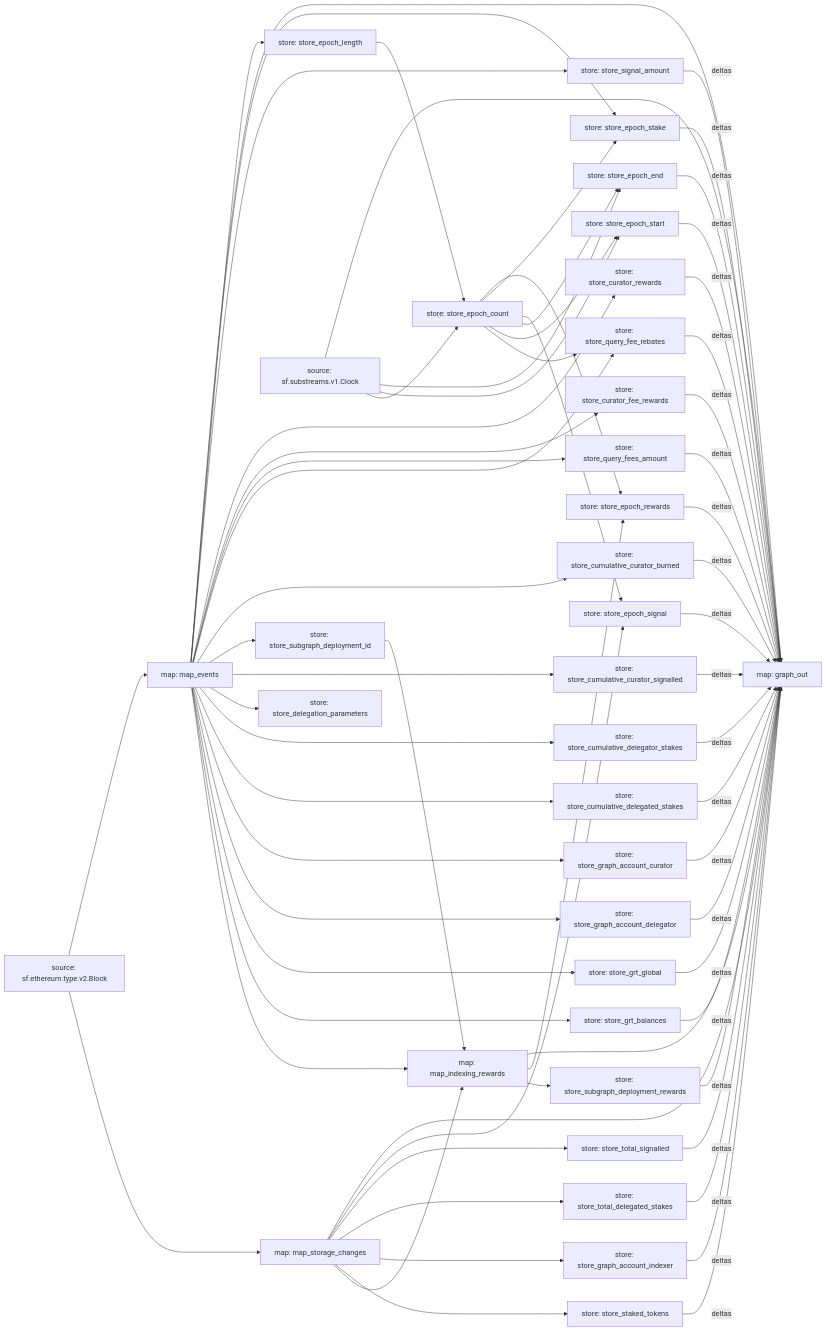
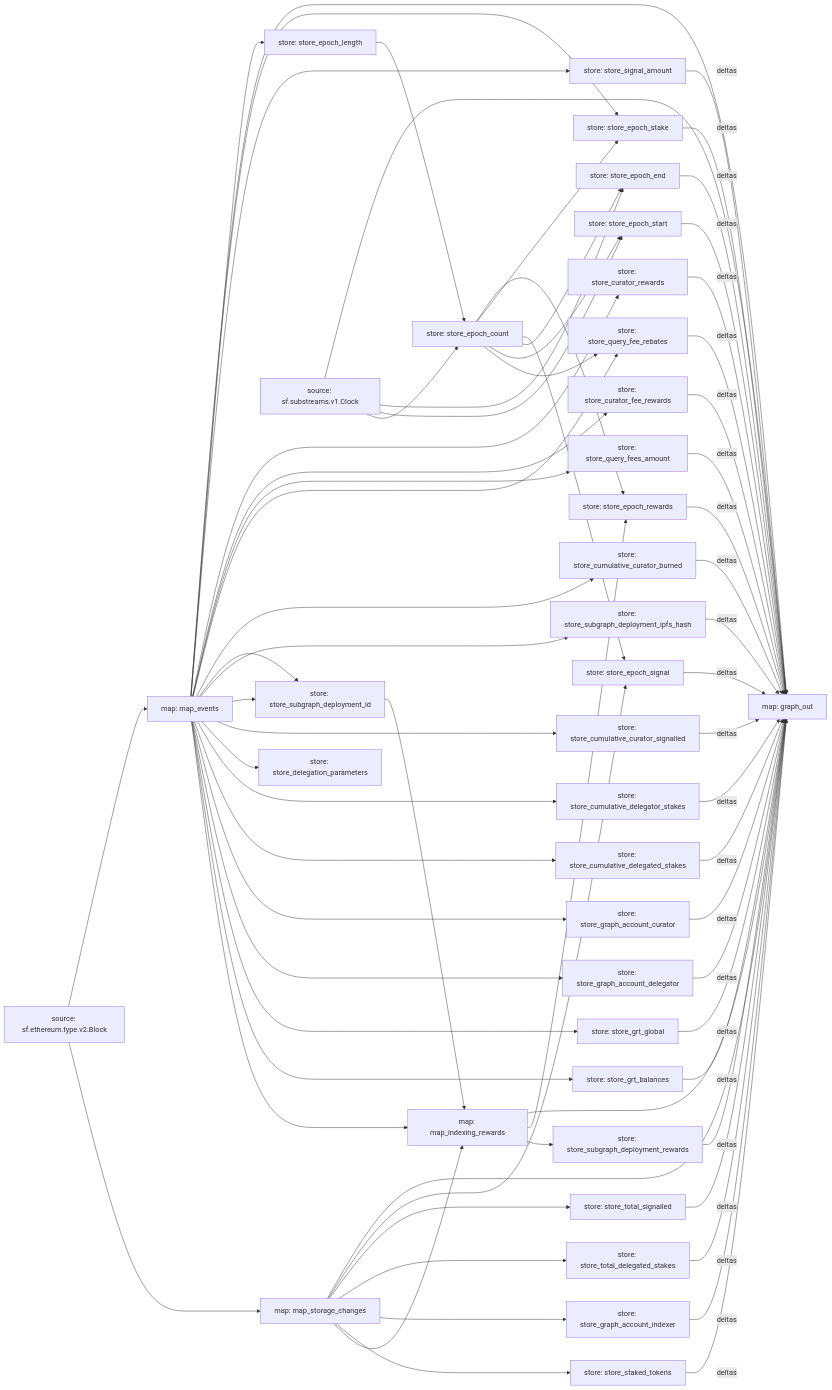
One commit to graphops/graph-network-substreams changed the diagram in README.md. Above: the diagram before and after it, drawn with Mermaid. The commit also changed other lines of this file and 11 other files, not shown here.

````diff
--- a/README.md
+++ b/README.md
@@ -55,6 +56,10 @@
   map_storage_changes --> store_total_signalled;
   store_cumulative_curator_signalled[store: store_cumulative_curator_signalled];
   map_events --> store_cumulative_curator_signalled;
+  store_subgraph_deployment_id[store: store_subgraph_deployment_id];
+  map_events --> store_subgraph_deployment_id;
+  store_subgraph_deployment_ipfs_hash[store: store_subgraph_deployment_ipfs_hash];
+  map_events --> store_subgraph_deployment_ipfs_hash;
   store_subgraph_deployment_id[store: store_subgraph_deployment_id];
   map_events --> store_subgraph_deployment_id;
   store_cumulative_curator_burned[store: store_cumulative_curator_burned];
@@ -119,6 +124,7 @@
   store_curator_rewards -- deltas --> graph_out;
   store_signal_amount -- deltas --> graph_out;
   store_subgraph_deployment_rewards -- deltas --> graph_out;
+  store_subgraph_deployment_ipfs_hash -- deltas --> graph_out;
   map_indexing_rewards --> graph_out;
 
 ```
````
